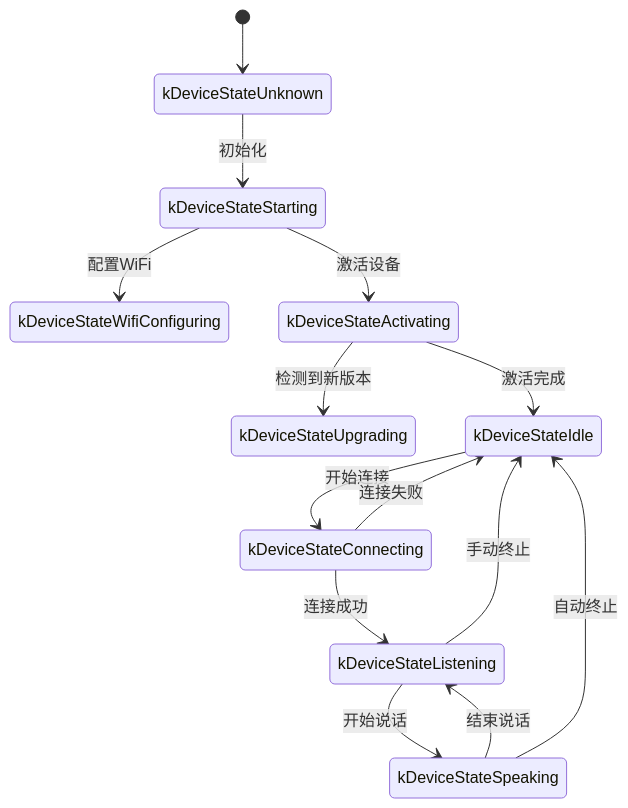
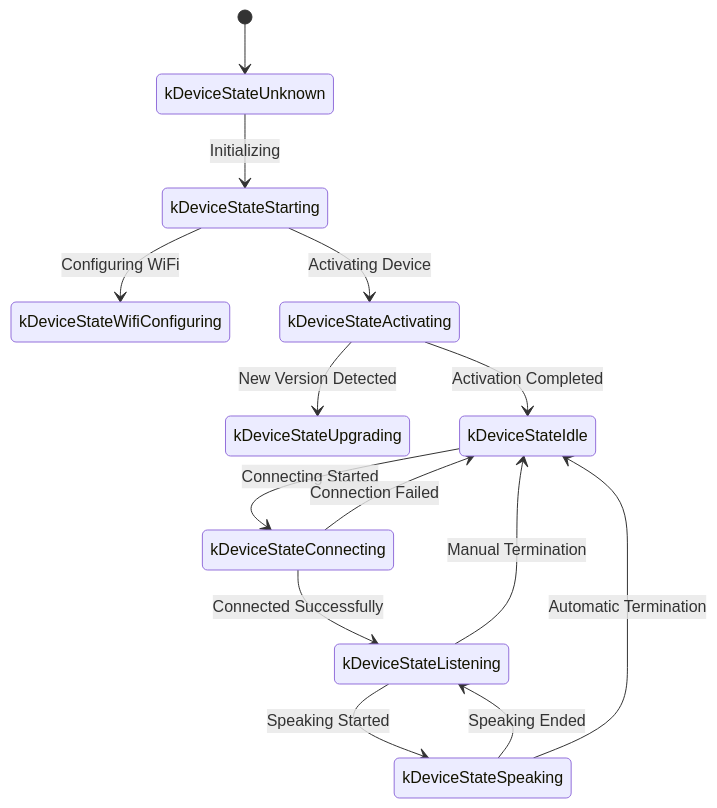
Before and after one commit to 78/xiaozhi-esp32: the first of 2 diagrams in docs/websocket.md, drawn with Mermaid. The commit also changed other lines of this file, not shown here.

````diff
--- a/docs/websocket.md
+++ b/docs/websocket.md
@@ -329,17 +339,17 @@
 ```mermaid
 stateDiagram
-  direction TB
-  [*] --> kDeviceStateUnknown
-  kDeviceStateUnknown --> kDeviceStateStarting:初始化
-  kDeviceStateStarting --> kDeviceStateWifiConfiguring:配置WiFi
-  kDeviceStateStarting --> kDeviceStateActivating:激活设备
-  kDeviceStateActivating --> kDeviceStateUpgrading:检测到新版本
-  kDeviceStateActivating --> kDeviceStateIdle:激活完成
-  kDeviceStateIdle --> kDeviceStateConnecting:开始连接
-  kDeviceStateConnecting --> kDeviceStateIdle:连接失败
-  kDeviceStateConnecting --> kDeviceStateListening:连接成功
-  kDeviceStateListening --> kDeviceStateSpeaking:开始说话
-  kDeviceStateSpeaking --> kDeviceStateListening:结束说话
-  kDeviceStateListening --> kDeviceStateIdle:手动终止
-  kDeviceStateSpeaking --> kDeviceStateIdle:自动终止
+direction TB
+[*] --> kDeviceStateUnknown
+kDeviceStateUnknown --> kDeviceStateStarting: Initializing
+kDeviceStateStarting --> kDeviceStateWifiConfiguring: Configuring WiFi
+kDeviceStateStarting --> kDeviceStateActivating: Activating Device
+kDeviceStateActivating --> kDeviceStateUpgrading: New Version Detected
+kDeviceStateActivating --> kDeviceStateIdle: Activation Completed
+kDeviceStateIdle --> kDeviceStateConnecting: Connecting Started
+kDeviceStateConnecting --> kDeviceStateIdle: Connection Failed
+kDeviceStateConnecting --> kDeviceStateListening: Connected Successfully
+kDeviceStateListening --> kDeviceStateSpeaking: Speaking Started
+kDeviceStateSpeaking --> kDeviceStateListening: Speaking Ended
+kDeviceStateListening --> kDeviceStateIdle: Manual Termination
+kDeviceStateSpeaking --> kDeviceStateIdle: Automatic Termination
 ```
````
